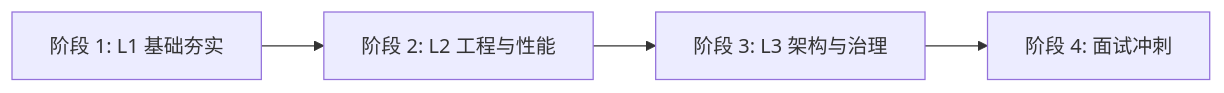
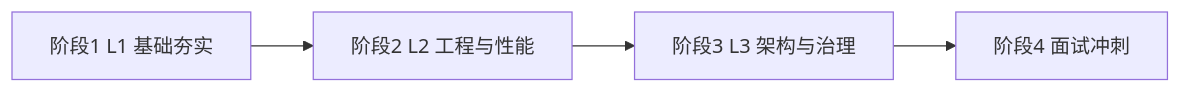
One commit to ZhcChen/Java-Summary changed the diagram in docs/01-按学习顺序索引.md. Above: the diagram before and after it, drawn with Mermaid. The commit also changed other lines of this file and 26 other files, not shown here.

````diff
--- a/docs/01-按学习顺序索引.md
+++ b/docs/01-按学习顺序索引.md
@@ -7,6 +7,6 @@
 ```mermaid
 flowchart LR
-    A["阶段 1: L1 基础夯实"] --> B["阶段 2: L2 工程与性能"]
-    B --> C["阶段 3: L3 架构与治理"]
-    C --> D["阶段 4: 面试冲刺"]
+    A[阶段1 L1 基础夯实] --> B[阶段2 L2 工程与性能]
+    B --> C[阶段3 L3 架构与治理]
+    C --> D[阶段4 面试冲刺]
 ```
````
